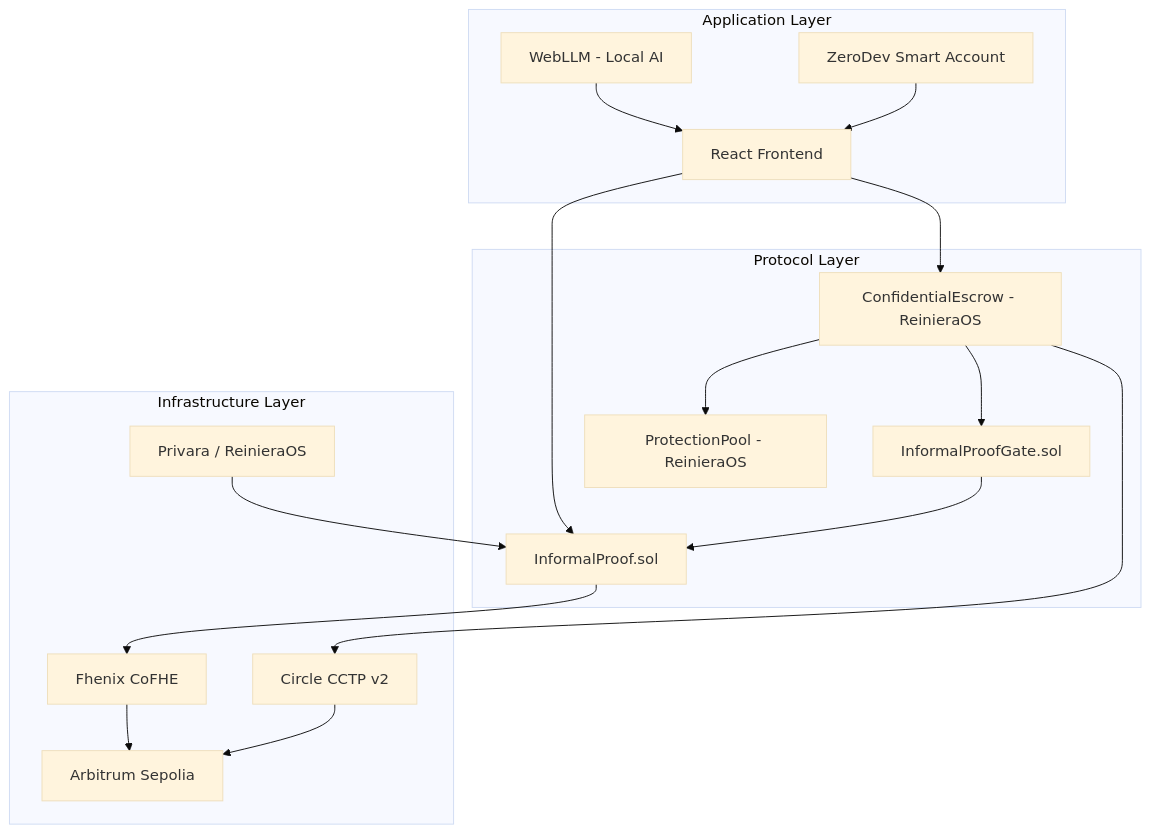
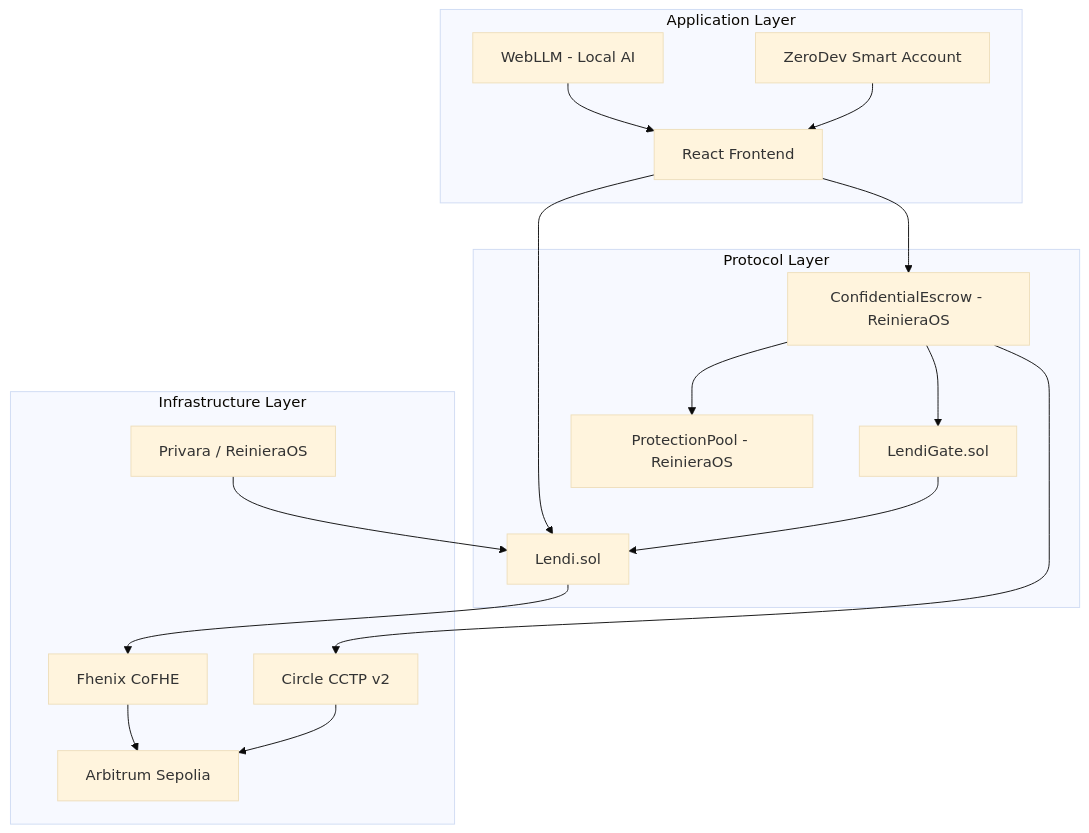
Before and after one commit to InformalProof/documentation: the first of 5 diagrams in ARCHITECTURE.md, drawn with Mermaid (base theme). The commit also changed other lines of this file and 7 other files, not shown here.

First line of the commit message:
Refactor project documentation to reflect rebranding from InformalProof to Lendi

````diff
--- a/ARCHITECTURE.md
+++ b/ARCHITECTURE.md
@@ -8,37 +7,37 @@
 ```mermaid
 graph TB
     subgraph APP["Application Layer"]
         UI[React Frontend]
         AI[WebLLM - Local AI]
         ZD[ZeroDev Smart Account]
     end
 
     subgraph PROTOCOL["Protocol Layer"]
-        IP[InformalProof.sol]
-        GATE[InformalProofGate.sol]
+        IP[Lendi.sol]
+        GATE[LendiGate.sol]
         ESCROW[ConfidentialEscrow - ReinieraOS]
         POOL[ProtectionPool - ReinieraOS]
     end
 
     subgraph INFRA["Infrastructure Layer"]
         COFHE[Fhenix CoFHE]
         PRIVARA[Privara / ReinieraOS]
         CCTP[Circle CCTP v2]
         CHAIN[Arbitrum Sepolia]
     end
 
     UI --> IP
     UI --> ESCROW
     AI --> UI
     ZD --> UI
 
     IP --> COFHE
     GATE --> IP
     ESCROW --> GATE
     ESCROW --> POOL
     ESCROW --> CCTP
 
     COFHE --> CHAIN
     PRIVARA --> IP
     CCTP --> CHAIN
 ```
````
